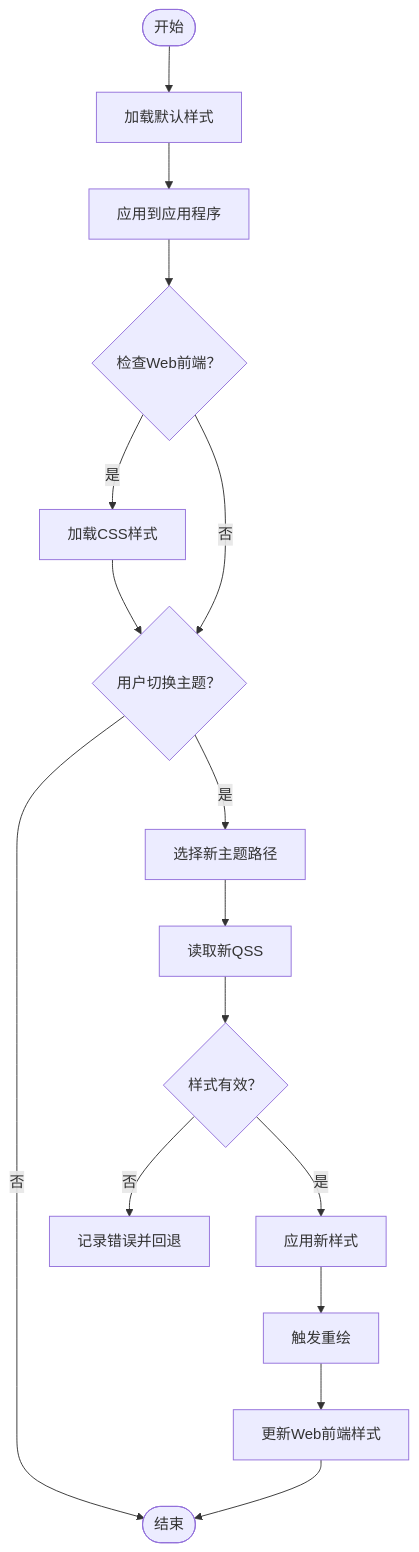
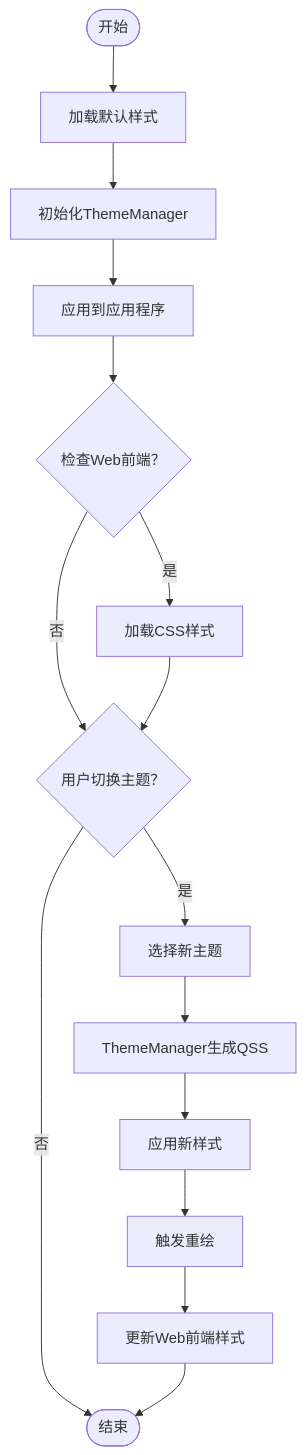
The fifth of 22 diagrams in .qoder/repowiki/zh/content/架构设计/UI系统设计/UI系统设计.md (jakecai1225-design/OpenBus), drawn with Mermaid before and after one commit. The commit also changed other lines of this file and 40 other files, not shown here.

````diff
--- a/.qoder/repowiki/zh/content/架构设计/UI系统设计/UI系统设计.md
+++ b/.qoder/repowiki/zh/content/架构设计/UI系统设计/UI系统设计.md
@@ -385,18 +426,17 @@
 ```mermaid
 flowchart TD
 Start(["开始"]) --> LoadDefault["加载默认样式"]
-LoadDefault --> Apply["应用到应用程序"]
+LoadDefault --> InitTheme["初始化ThemeManager"]
+InitTheme --> Apply["应用到应用程序"]
 Apply --> CheckWeb{"检查Web前端？"}
 CheckWeb --> |是| LoadCSS["加载CSS样式"]
 CheckWeb --> |否| UserAction{"用户切换主题？"}
 LoadCSS --> UserAction
 UserAction --> |否| End(["结束"])
-UserAction --> |是| SelectTheme["选择新主题路径"]
-SelectTheme --> LoadNew["读取新QSS"]
-LoadNew --> Validate{"样式有效？"}
-Validate --> |否| Error["记录错误并回退"]
-Validate --> |是| ApplyNew["应用新样式"]
+UserAction --> |是| SelectTheme["选择新主题"]
+SelectTheme --> GenerateQSS["ThemeManager生成QSS"]
+GenerateQSS --> ApplyNew["应用新样式"]
 ApplyNew --> Refresh["触发重绘"]
 Refresh --> UpdateWeb["更新Web前端样式"]
 UpdateWeb --> End
 ```
````
